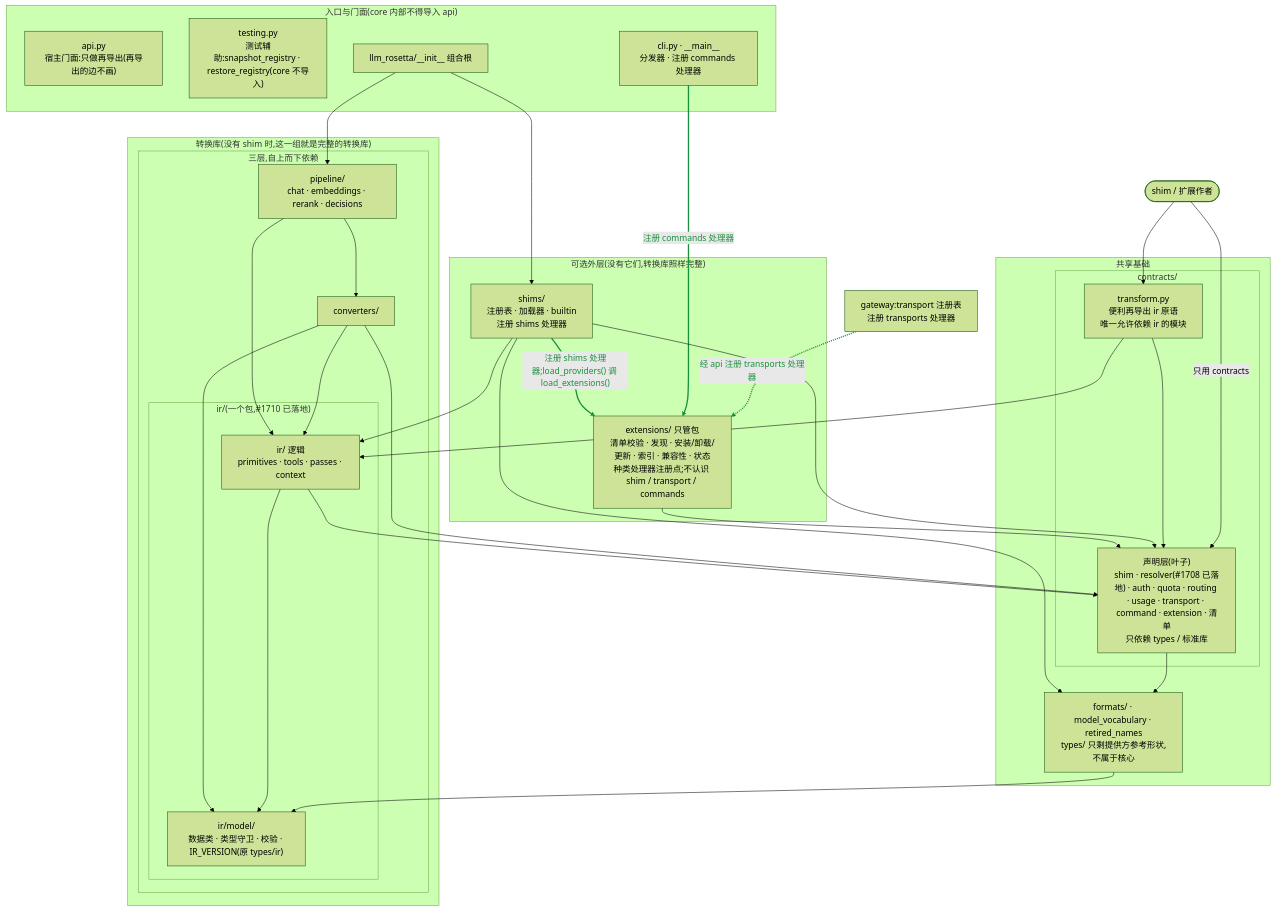
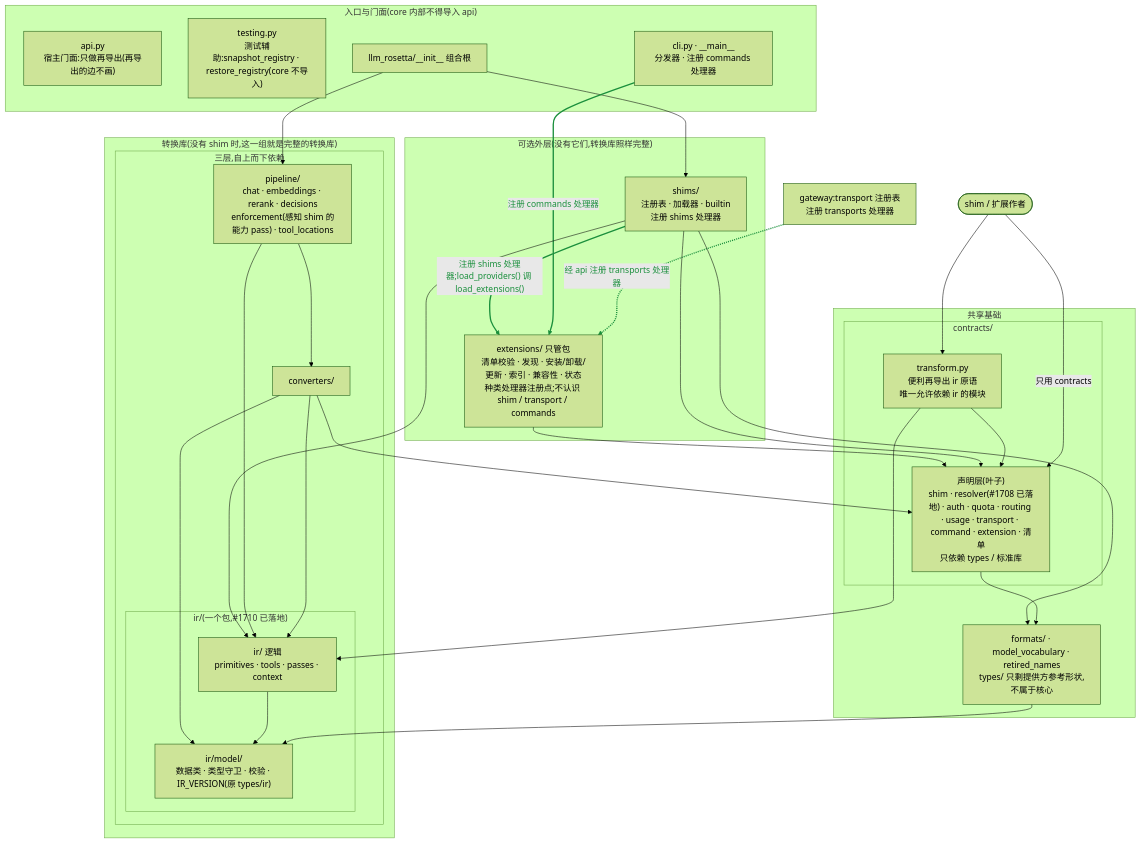
The diagram in core_target.mmd (Oaklight/llm-rosetta), drawn with Mermaid (forest theme) before and after one commit. The commit also changed 3 other files, not shown here.

Commit message:
core: ir no longer imports contracts; enforcement and tool_locations live in pipeline (#1744, #1745)

```diff
--- a/core_target.mmd
+++ b/core_target.mmd
@@ -1,58 +1,57 @@
 flowchart TB
   AUTHOR(["shim / 扩展作者"])
   GW["gateway:transport 注册表<br/>注册 transports 处理器"]
   subgraph FACADE["入口与门面(core 内部不得导入 api)"]
     API["api.py<br/>宿主门面:只做再导出(再导出的边不画)"]
     TESTING["testing.py<br/>测试辅助:snapshot_registry · restore_registry(core 不导入)"]
     INIT["llm_rosetta/__init__ 组合根"]
     CLI["cli.py · __main__<br/>分发器 · 注册 commands 处理器"]
   end
   subgraph CORE["转换库(没有 shim 时,这一组就是完整的转换库)"]
     subgraph TIERS["三层,自上而下依赖"]
-      PIPE["pipeline/<br/>chat · embeddings · rerank · decisions"]
+      PIPE["pipeline/<br/>chat · embeddings · rerank · decisions<br/>enforcement(感知 shim 的能力 pass) · tool_locations"]
       CVT["converters/"]
       subgraph IRCORE["ir/(一个包,#1710 已落地)"]
         IROPS["ir/ 逻辑<br/>primitives · tools · passes · context"]
         IRMODEL["ir/model/<br/>数据类 · 类型守卫 · 校验 · IR_VERSION(原 types/ir)"]
       end
     end
   end
   subgraph OPT["可选外层(没有它们,转换库照样完整)"]
     EXTS["extensions/ 只管包<br/>清单校验 · 发现 · 安装/卸载/更新 · 索引 · 兼容性 · 状态<br/>种类处理器注册点;不认识 shim / transport / commands"]
     SHIM["shims/<br/>注册表 · 加载器 · builtin<br/>注册 shims 处理器"]
   end
   subgraph FOUND["共享基础"]
     subgraph CONS["contracts/"]
       CDECL["声明层(叶子)<br/>shim · resolver(#1708 已落地) · auth · quota · routing · usage · transport · command · extension · 清单<br/>只依赖 types / 标准库"]
       CXF["transform.py<br/>便利再导出 ir 原语<br/>唯一允许依赖 ir 的模块"]
     end
     FMT["formats/ · model_vocabulary · retired_names<br/>types/ 只剩提供方参考形状,不属于核心"]
   end
 
 
   INIT --> PIPE
   INIT --> SHIM
   SHIM -->|"注册 shims 处理器;load_providers() 调 load_extensions()"| EXTS
   CLI -->|"注册 commands 处理器"| EXTS
   GW -.->|"经 api 注册 transports 处理器"| EXTS
   EXTS --> CDECL
   SHIM --> CDECL
   SHIM --> IROPS
   SHIM --> FMT
   PIPE --> CVT
   PIPE --> IROPS
   CVT --> IROPS
   CVT --> IRMODEL
   CVT --> CDECL
-  IROPS --> CDECL
   IROPS --> IRMODEL
   FMT --> IRMODEL
   CXF --> IROPS
   CXF --> CDECL
   CDECL --> FMT
   AUTHOR -->|"只用 contracts"| CDECL
   AUTHOR --> CXF
 
   linkStyle 2 stroke:#1a8f3c,stroke-width:2.5px,color:#1a8f3c
   linkStyle 3 stroke:#1a8f3c,stroke-width:2.5px,color:#1a8f3c
   linkStyle 4 stroke:#1a8f3c,stroke-width:2.5px,color:#1a8f3c
```
